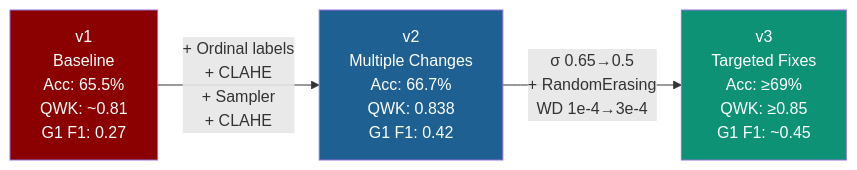
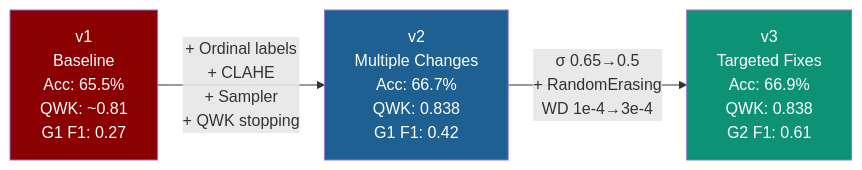
Before and after one commit to LALITAMITTAL18/EAISI-NHS: the third of 7 diagrams in deliverables/WorkInProgress/Business-Report-DeepLearning.md, drawn with Mermaid. The commit also changed other lines of this file and 19 other files, not shown here.

````diff
--- a/deliverables/WorkInProgress/Business-Report-DeepLearning.md
+++ b/deliverables/WorkInProgress/Business-Report-DeepLearning.md
@@ -142,11 +142,11 @@
 ```mermaid
 flowchart LR
     V1["v1\nBaseline\nAcc: 65.5%\nQWK: ~0.81\nG1 F1: 0.27"]
     V2["v2\nMultiple Changes\nAcc: 66.7%\nQWK: 0.838\nG1 F1: 0.42"]
-    V3["v3\nTargeted Fixes\nAcc: ≥69%\nQWK: ≥0.85\nG1 F1: ~0.45"]
-    V1 -->|"+ Ordinal labels\n+ CLAHE\n+ Sampler\n+ CLAHE"| V2
+    V3["v3\nTargeted Fixes\nAcc: 66.9%\nQWK: 0.838\nG2 F1: 0.61"]
+    V1 -->|"+ Ordinal labels\n+ CLAHE\n+ Sampler\n+ QWK stopping"| V2
     V2 -->|"σ 0.65→0.5\n+ RandomErasing\nWD 1e-4→3e-4"| V3
     style V1 fill:#8b0000,color:#fff
     style V2 fill:#1e6091,color:#fff
     style V3 fill:#0d9276,color:#fff
 ```
````
